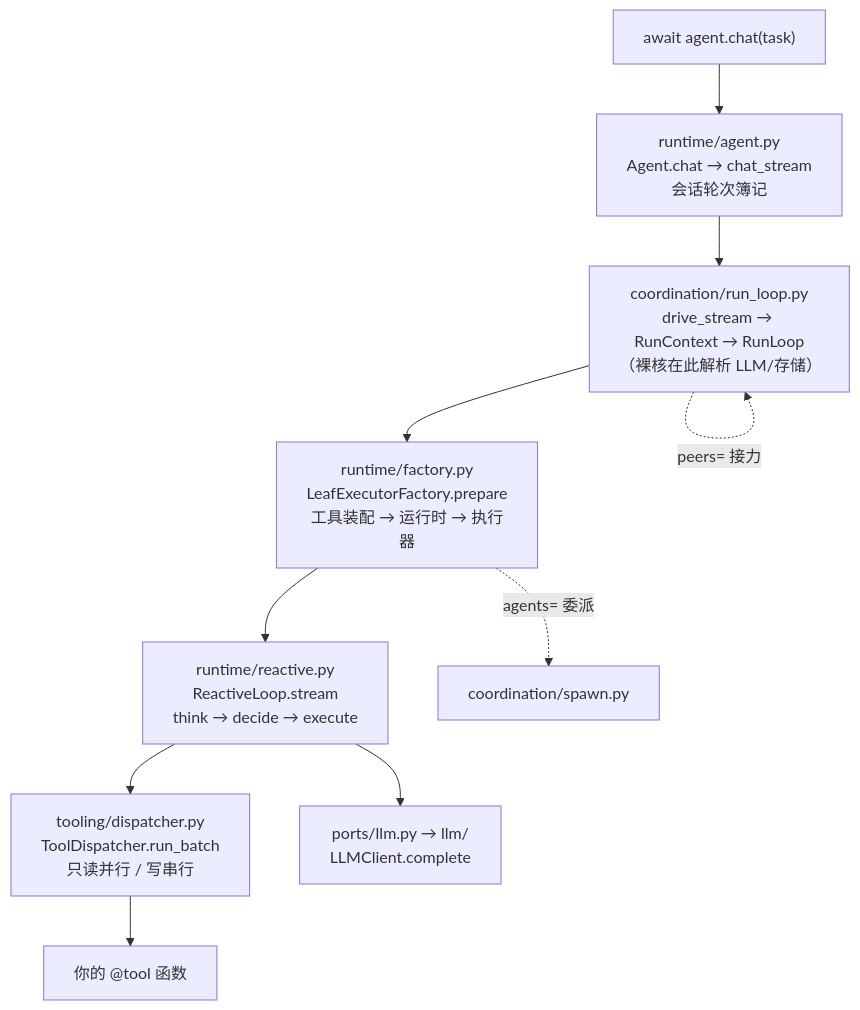
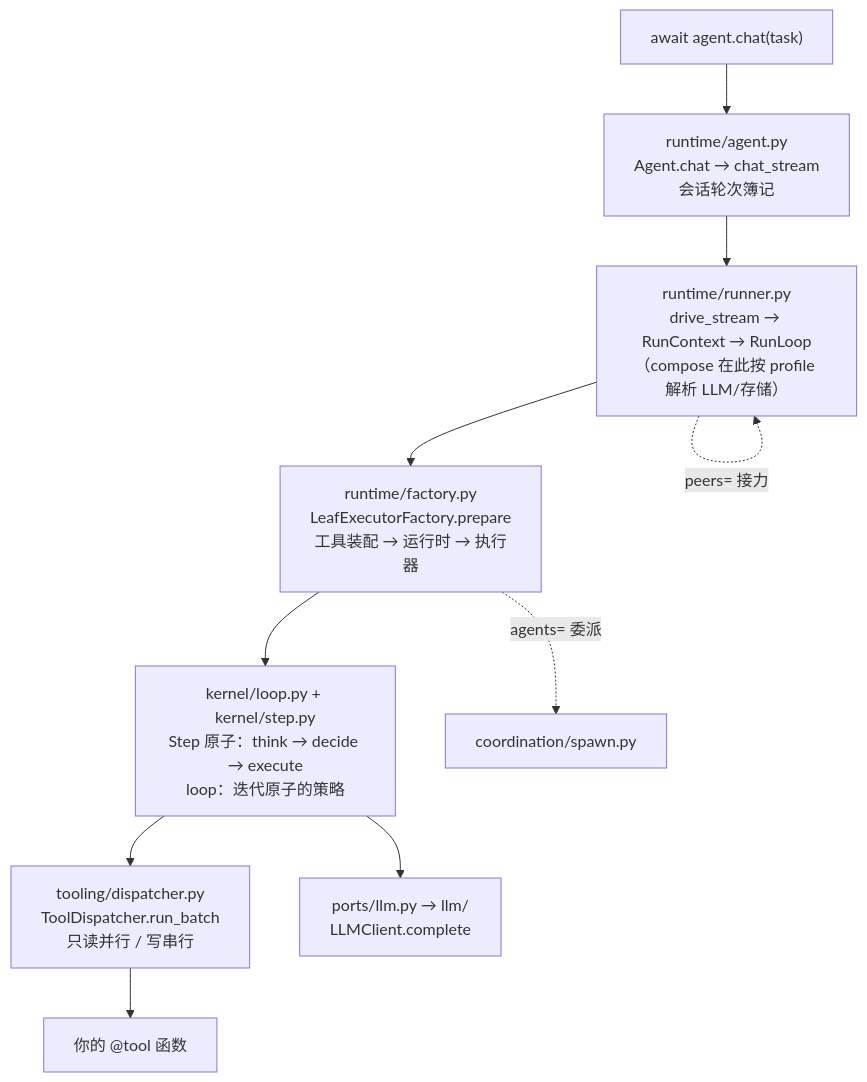
Before and after one commit to limenagent/prodagent: the diagram in docs/tour/index.md, drawn with Mermaid. The commit also changed 7 other files, not shown here.

````diff
--- a/docs/tour/index.md
+++ b/docs/tour/index.md
@@ -10,12 +10,12 @@
 ```mermaid
 flowchart TD
     U["await agent.chat(task)"] --> A["runtime/agent.py<br/>Agent.chat → chat_stream<br/>会话轮次簿记"]
-    A --> K["coordination/run_loop.py<br/>drive_stream → RunContext → RunLoop<br/>（裸核在此解析 LLM/存储）"]
+    A --> K["runtime/runner.py<br/>drive_stream → RunContext → RunLoop<br/>（compose 在此按 profile 解析 LLM/存储）"]
     K --> F["runtime/factory.py<br/>LeafExecutorFactory.prepare<br/>工具装配 → 运行时 → 执行器"]
-    F --> R["runtime/reactive.py<br/>ReactiveLoop.stream<br/>think → decide → execute"]
+    F --> R["kernel/loop.py + kernel/step.py<br/>Step 原子：think → decide → execute<br/>loop：迭代原子的策略"]
     R --> D["tooling/dispatcher.py<br/>ToolDispatcher.run_batch<br/>只读并行 / 写串行"]
     R --> L["ports/llm.py → llm/<br/>LLMClient.complete"]
     D --> T["你的 @tool 函数"]
     K -.->|"peers= 接力"| K
     F -.->|"agents= 委派"| SPAWN["coordination/spawn.py"]
 ```
````
